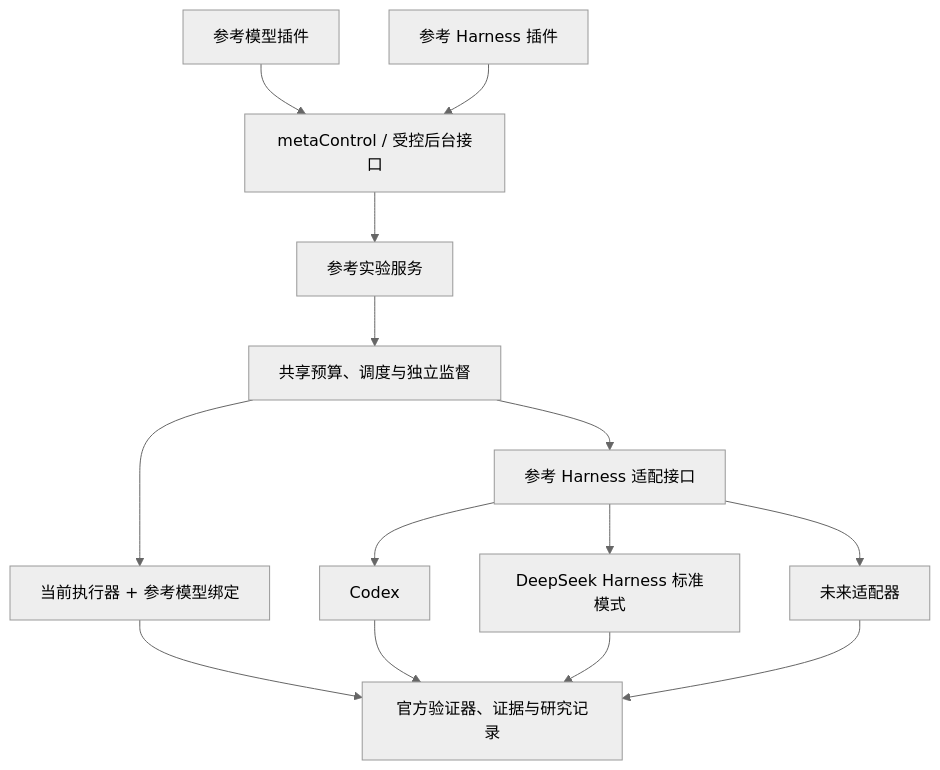
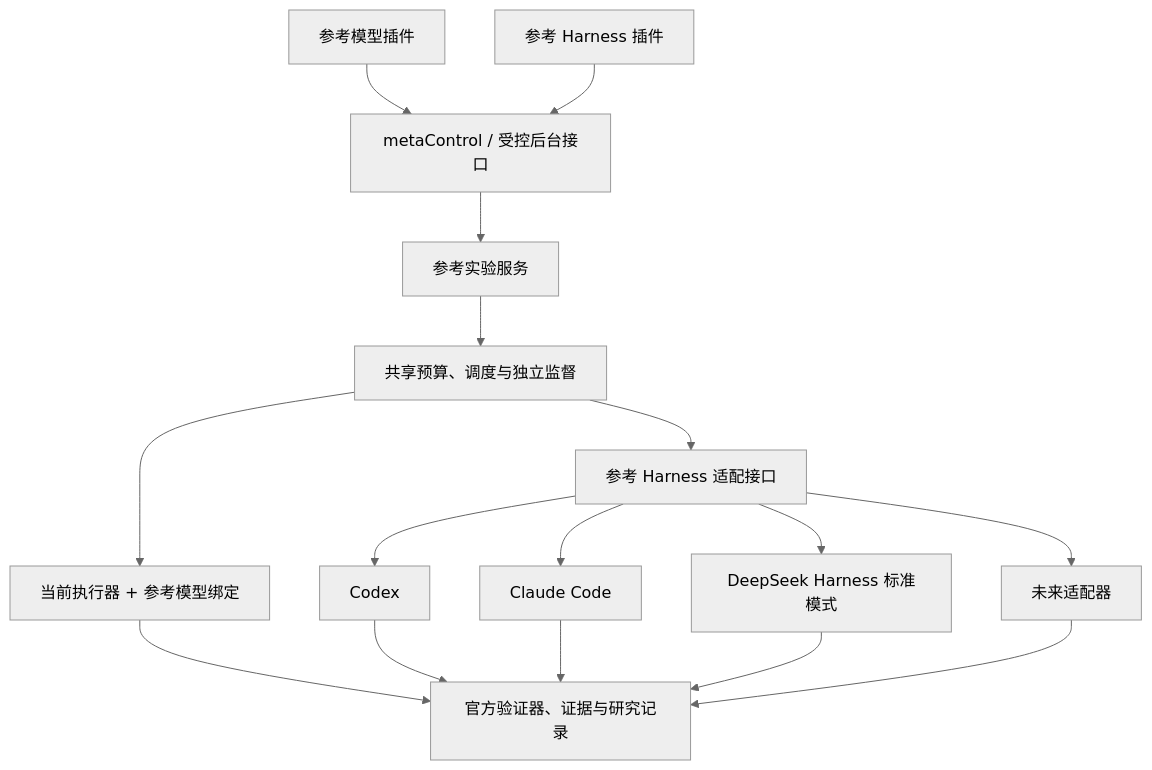
One commit to rainshed/PhyExpHarness changed the diagram in docs/design/meta-reference-experiments.md. Above: the diagram before and after it, drawn with Mermaid (neutral theme). The commit also changed other lines of this file and 7 other files, not shown here.

Commit message:
docs(meta-reference): 扩展 Claude Code 与自主参考组合设计

````diff
--- a/docs/design/meta-reference-experiments.md
+++ b/docs/design/meta-reference-experiments.md
@@ -39,16 +53,18 @@
 ```mermaid
 flowchart TD
     A[参考模型插件] --> C[metaControl / 受控后台接口]
     B[参考 Harness 插件] --> C
     C --> R[参考实验服务]
     R --> S[共享预算、调度与独立监督]
     S --> E[当前执行器 + 参考模型绑定]
     S --> H[参考 Harness 适配接口]
     H --> X[Codex]
+    H --> K[Claude Code]
     H --> D[DeepSeek Harness 标准模式]
     H --> F[未来适配器]
     E --> V[官方验证器、证据与研究记录]
     X --> V
+    K --> V
     D --> V
     F --> V
 ```
````
